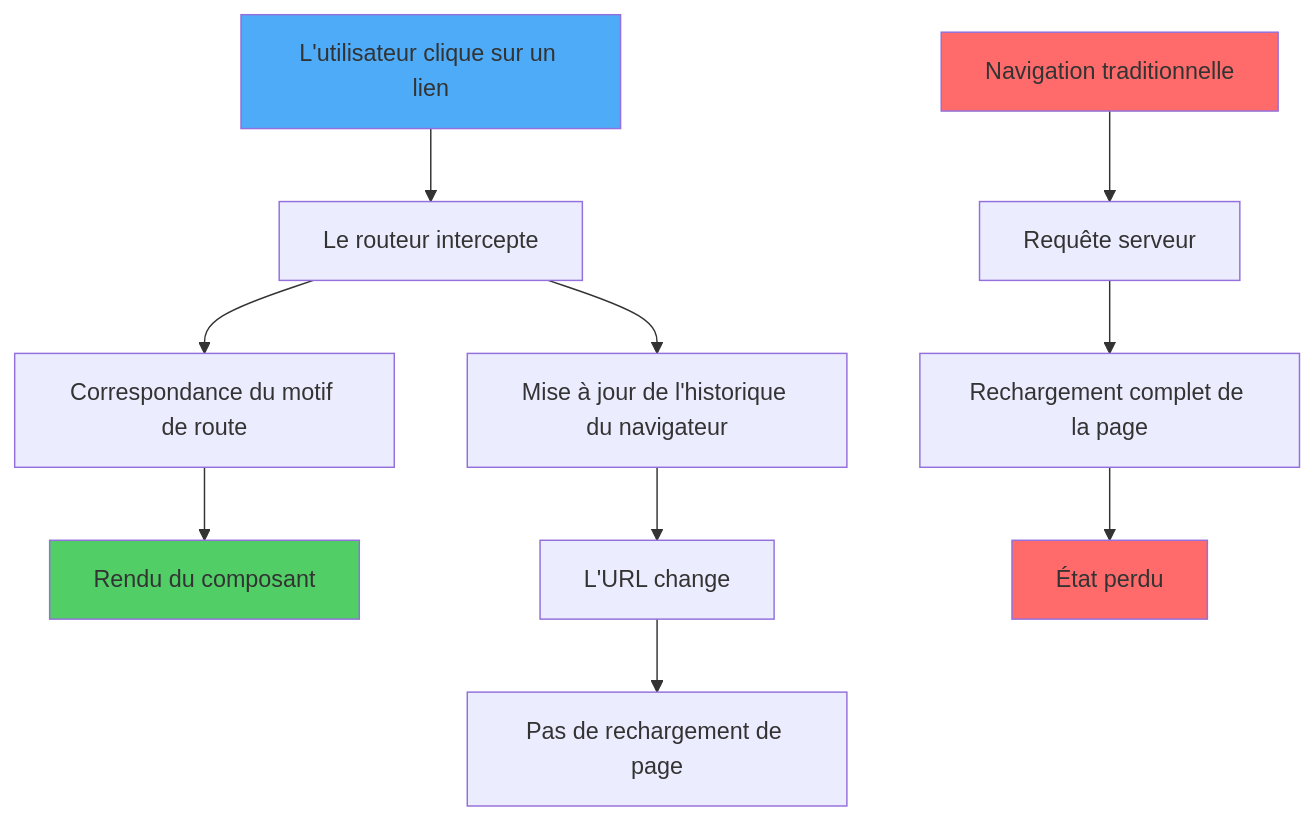
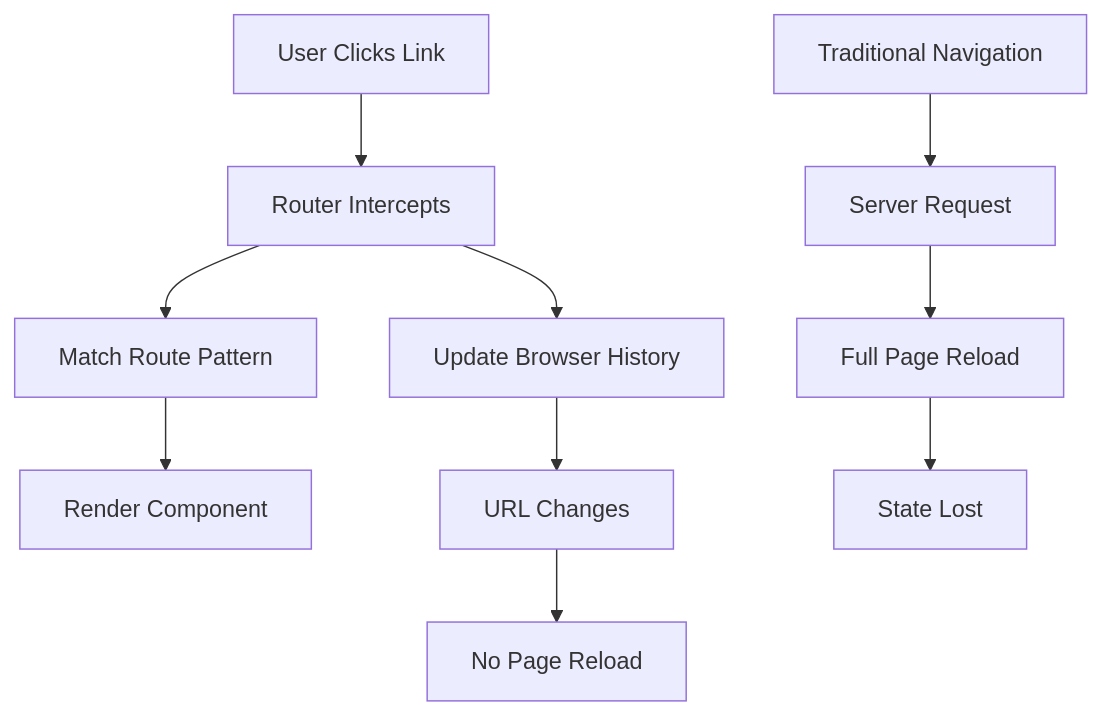
Before and after one commit to BabaScience/react-guides: the first of 6 diagrams in arguments/chapters/fr/05-routing.md, drawn with Mermaid. The commit also changed other lines of this file and 29 other files, not shown here.

First line of the commit message:
Bring React FR/IT translations to full English parity + theme-safe diagrams

````diff
--- a/arguments/chapters/fr/05-routing.md
+++ b/arguments/chapters/fr/05-routing.md
@@ -13,19 +28,15 @@
 ```mermaid
 graph TD
-    A["L'utilisateur clique sur un lien"] --> B["Le routeur intercepte"]
-    B --> C["Mise à jour de l'historique du navigateur"]
-    B --> D["Correspondance du motif de route"]
-    D --> E["Rendu du composant"]
-
-    C --> F["L'URL change"]
-    F --> G["Pas de rechargement de page"]
-
-    H["Navigation traditionnelle"] --> I["Requête serveur"]
-    I --> J["Rechargement complet de la page"]
-    J --> K["État perdu"]
-
-    style A fill:#4dabf7
-    style E fill:#51cf66
-    style H fill:#ff6b6b
-    style K fill:#ff6b6b
+    A[User Clicks Link] --> B[Router Intercepts]
+    B --> C[Update Browser History]
+    B --> D[Match Route Pattern]
+    D --> E[Render Component]
+    
+    C --> F[URL Changes]
+    F --> G[No Page Reload]
+    
+    H[Traditional Navigation] --> I[Server Request]
+    I --> J[Full Page Reload]
+    J --> K[State Lost]
+    
 ```
````
